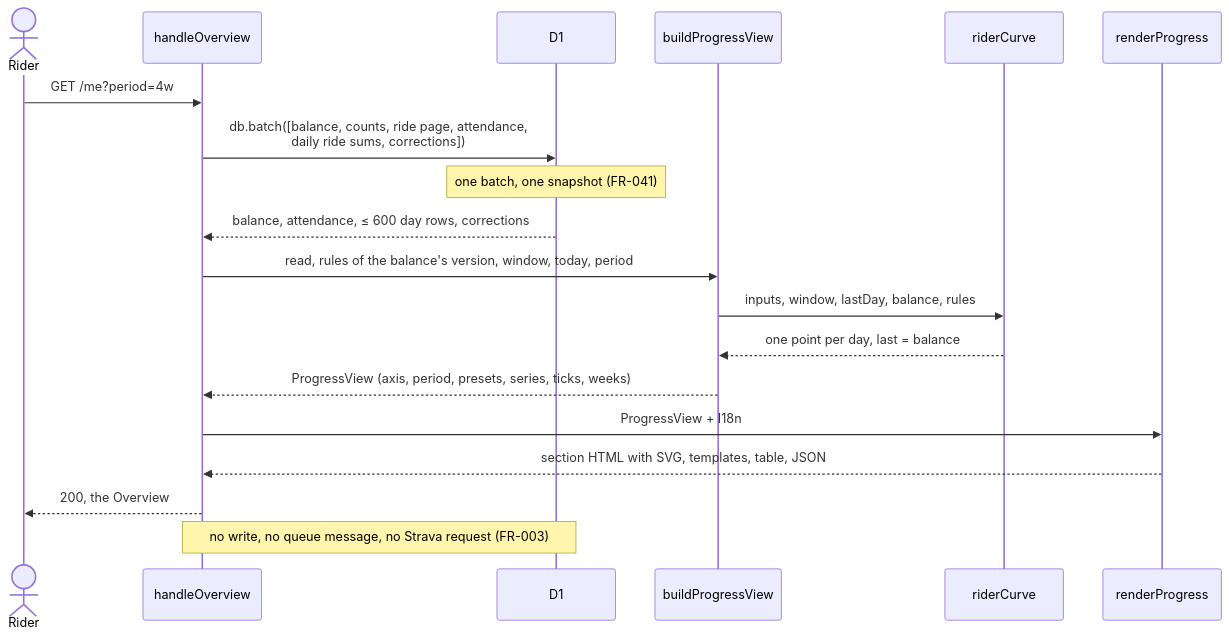
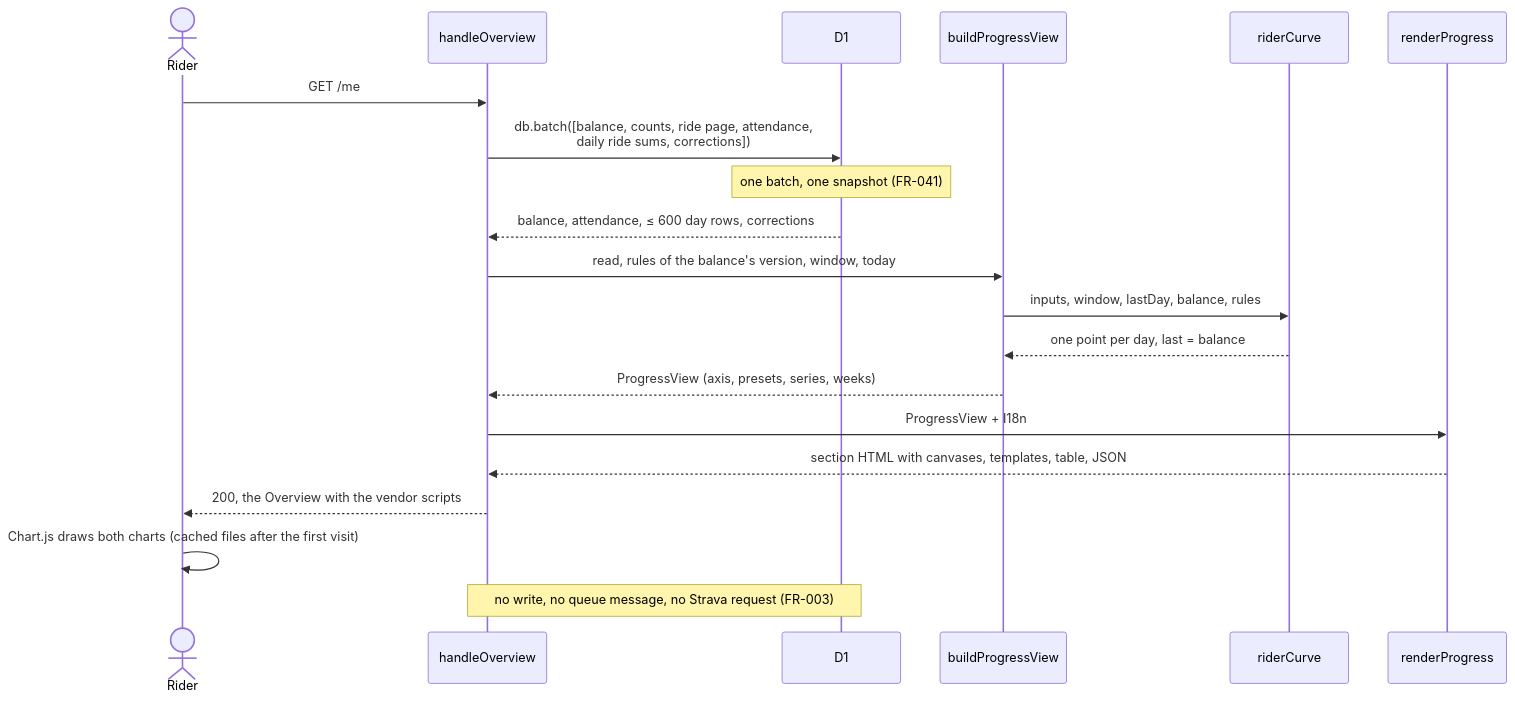
The second of 6 diagrams in specs/009-rider-progress-charts/plan.md (SaSteffen/RynkePoints), drawn with Mermaid before and after one commit. The commit also changed other lines of this file and 9 other files, not shown here.

First line of the commit message:
docs(009): re-plan the progress charts on Chart.js

````diff
--- a/specs/009-rider-progress-charts/plan.md
+++ b/specs/009-rider-progress-charts/plan.md
@@ -210,22 +226,23 @@
 ```mermaid
 sequenceDiagram
     actor R as Rider
     participant O as handleOverview
     participant DB as D1
     participant V as buildProgressView
     participant C as riderCurve
     participant X as renderProgress
 
-    R->>O: GET /me?period=4w
+    R->>O: GET /me
     O->>DB: db.batch([balance, counts, ride page, attendance,<br/>daily ride sums, corrections])
     Note over DB: one batch, one snapshot (FR-041)
     DB-->>O: balance, attendance, ≤ 600 day rows, corrections
-    O->>V: read, rules of the balance's version, window, today, period
+    O->>V: read, rules of the balance's version, window, today
     V->>C: inputs, window, lastDay, balance, rules
     C-->>V: one point per day, last = balance
-    V-->>O: ProgressView (axis, period, presets, series, ticks, weeks)
+    V-->>O: ProgressView (axis, presets, series, weeks)
     O->>X: ProgressView + I18n
-    X-->>O: section HTML with SVG, templates, table, JSON
-    O-->>R: 200, the Overview
+    X-->>O: section HTML with canvases, templates, table, JSON
+    O-->>R: 200, the Overview with the vendor scripts
+    R->>R: Chart.js draws both charts (cached files after the first visit)
     Note over O,DB: no write, no queue message, no Strava request (FR-003)
 ```
````
